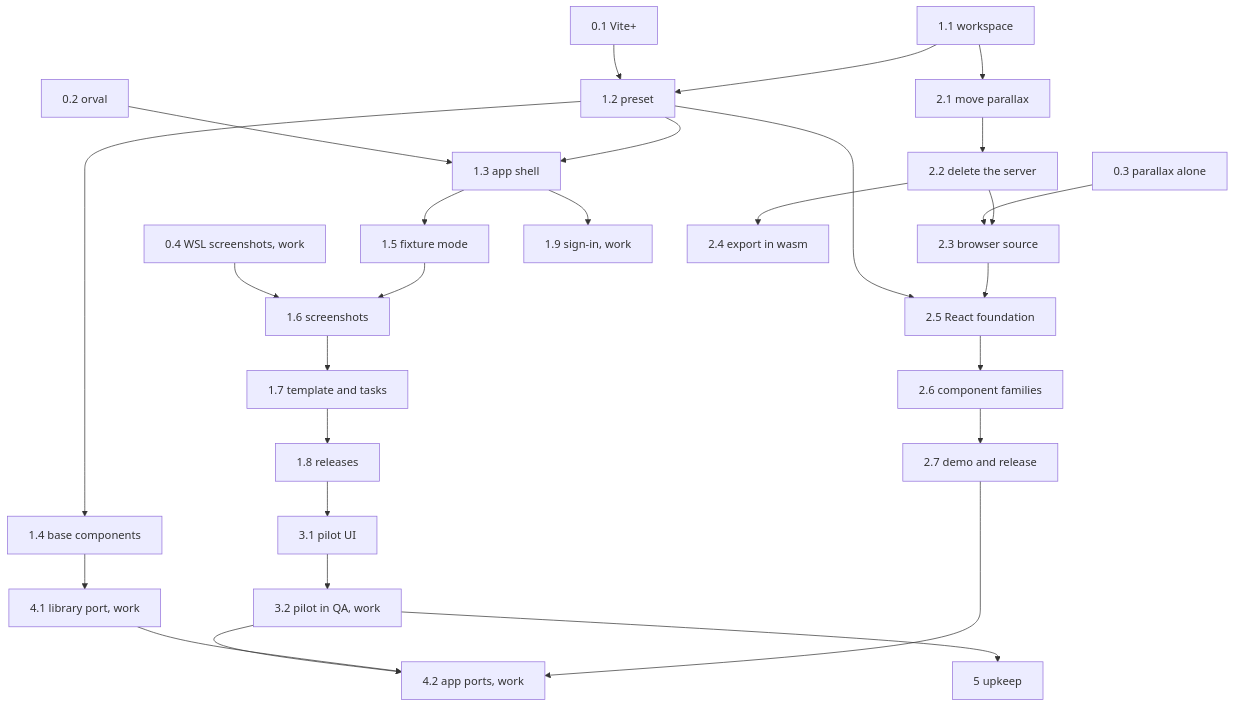
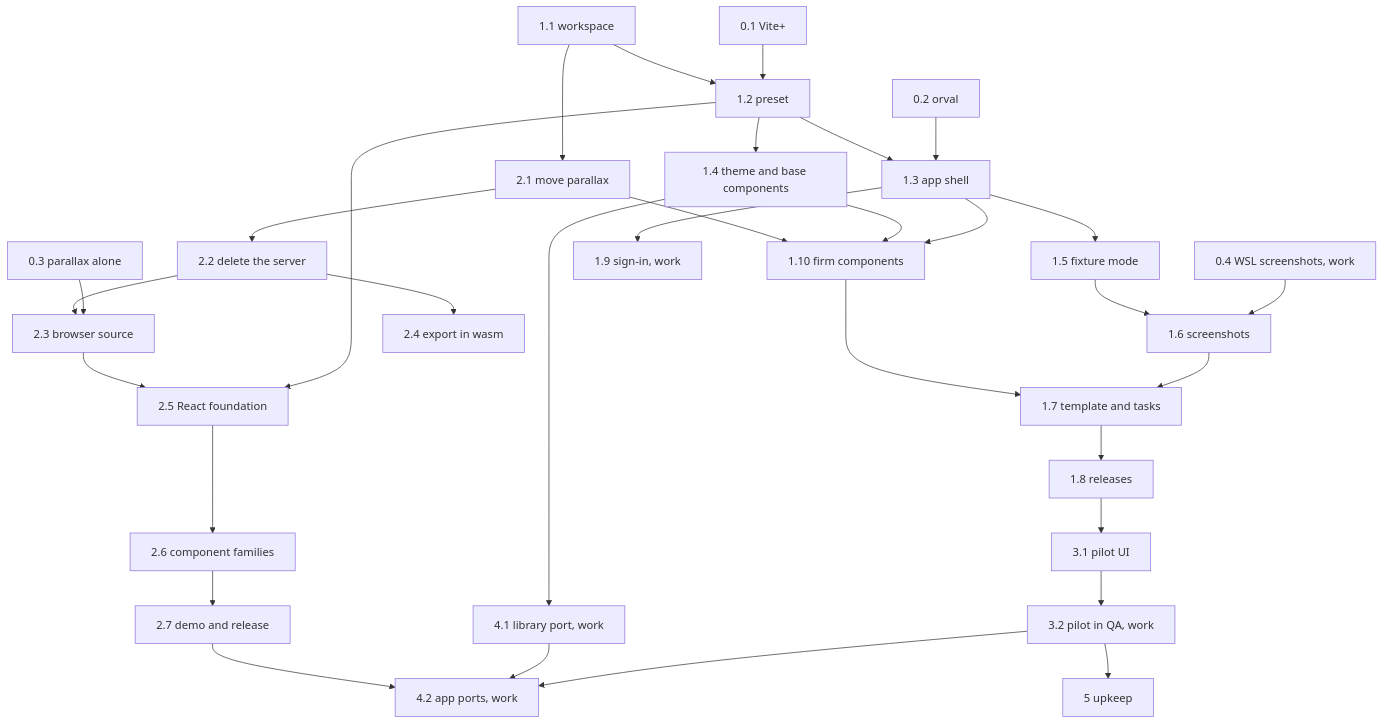
One commit to jacobragsdale/basis-ui changed the diagram in docs/roadmap.md. Above: the diagram before and after it, drawn with Mermaid. The commit also changed other lines of this file and 1 other file, not shown here.

Commit message:
Design the firm's design system: one theme in light and dark, components shipped in @basis/ui, @shadcn/lint, every chart through parallax, Rust only where it wins

````diff
--- a/docs/roadmap.md
+++ b/docs/roadmap.md
@@ -27,20 +27,23 @@
 ```mermaid
 flowchart TD
   s01[0.1 Vite+] --> u2[1.2 preset]
   s02[0.2 orval] --> u3[1.3 app shell]
   s03[0.3 parallax alone] --> p3[2.3 browser source]
   s04[0.4 WSL screenshots, work] --> u6[1.6 screenshots]
   u1[1.1 workspace] --> u2
   u2 --> u3 --> u5[1.5 fixture mode] --> u6 --> u7[1.7 template and tasks] --> u8[1.8 releases] --> l1[3.1 pilot UI]
-  u2 --> u4[1.4 base components] --> c1[4.1 library port, work]
+  u2 --> u4[1.4 theme and base components] --> c1[4.1 library port, work]
+  u3 --> u10[1.10 firm components]
+  u4 --> u10 --> u7
+  p1 --> u10
   u3 --> u9[1.9 sign-in, work]
   u1 --> p1[2.1 move parallax] --> p2[2.2 delete the server] --> p3
   p2 --> p4[2.4 export in wasm]
   u2 --> p5[2.5 React foundation]
   p3 --> p5 --> p6[2.6 component families] --> p7[2.7 demo and release]
   l1 --> l2[3.2 pilot in QA, work]
   l2 --> c2[4.2 app ports, work]
   c1 --> c2
   p7 --> c2
   l2 --> g[5 upkeep]
 ```
````
